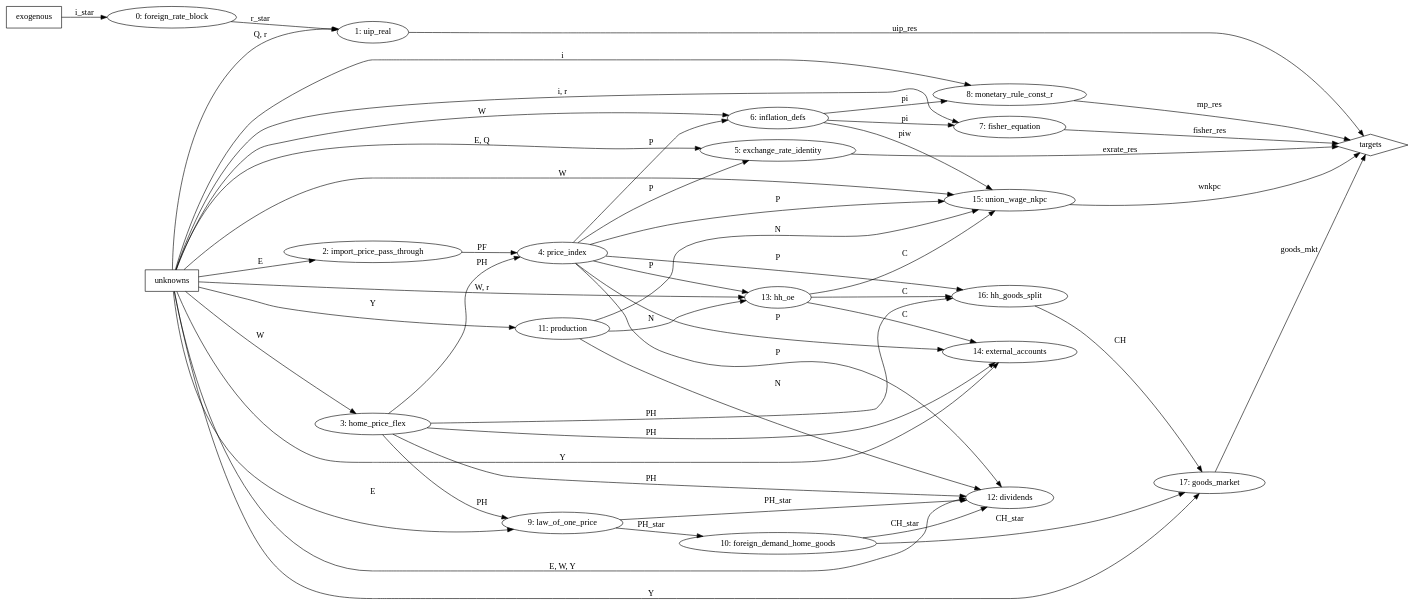
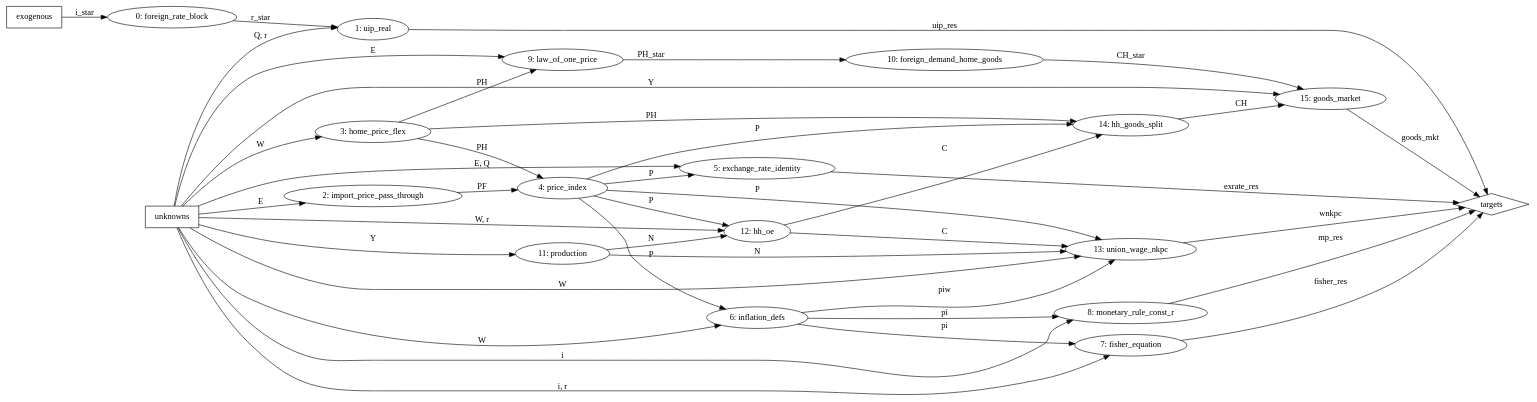
One commit to logan-casey/class changed the diagram in ars/figures/ha_oe_base_dag.dot. Above: the diagram before and after it, drawn with Graphviz. The commit also changed 3 other files, not shown here.

```diff
--- a/ars/figures/ha_oe_base_dag.dot
+++ b/ars/figures/ha_oe_base_dag.dot
@@ -1,73 +1,61 @@
 digraph HANK_DAG {
   rankdir=LR;
   exog [shape=box,label="exogenous"];
   unk [shape=box,label="unknowns"];
   tar [shape=diamond,label="targets"];
   b0 [label="0: foreign_rate_block"];
   b1 [label="1: uip_real"];
   b2 [label="2: import_price_pass_through"];
   b3 [label="3: home_price_flex"];
   b4 [label="4: price_index"];
   b5 [label="5: exchange_rate_identity"];
   b6 [label="6: inflation_defs"];
   b7 [label="7: fisher_equation"];
   b8 [label="8: monetary_rule_const_r"];
   b9 [label="9: law_of_one_price"];
   b10 [label="10: foreign_demand_home_goods"];
   b11 [label="11: production"];
-  b12 [label="12: dividends"];
-  b13 [label="13: hh_oe"];
-  b14 [label="14: external_accounts"];
-  b15 [label="15: union_wage_nkpc"];
-  b16 [label="16: hh_goods_split"];
-  b17 [label="17: goods_market"];
+  b12 [label="12: hh_oe"];
+  b13 [label="13: union_wage_nkpc"];
+  b14 [label="14: hh_goods_split"];
+  b15 [label="15: goods_market"];
   exog -> b0 [label="i_star"];
   unk -> b1 [label="Q, r"];
   b0 -> b1 [label="r_star"];
   b1 -> tar [label="uip_res"];
   unk -> b2 [label="E"];
   unk -> b3 [label="W"];
   b2 -> b4 [label="PF"];
   b3 -> b4 [label="PH"];
   unk -> b5 [label="E, Q"];
   b4 -> b5 [label="P"];
   b5 -> tar [label="exrate_res"];
   unk -> b6 [label="W"];
   b4 -> b6 [label="P"];
   unk -> b7 [label="i, r"];
   b6 -> b7 [label="pi"];
   b7 -> tar [label="fisher_res"];
   unk -> b8 [label="i"];
   b6 -> b8 [label="pi"];
   b8 -> tar [label="mp_res"];
   unk -> b9 [label="E"];
   b3 -> b9 [label="PH"];
   b9 -> b10 [label="PH_star"];
   unk -> b11 [label="Y"];
-  unk -> b12 [label="E, W, Y"];
-  b3 -> b12 [label="PH"];
+  unk -> b12 [label="W, r"];
+  b4 -> b12 [label="P"];
   b11 -> b12 [label="N"];
-  b4 -> b12 [label="P"];
-  b9 -> b12 [label="PH_star"];
-  b10 -> b12 [label="CH_star"];
-  unk -> b13 [label="W, r"];
+  unk -> b13 [label="W"];
+  b6 -> b13 [label="piw"];
+  b11 -> b13 [label="N"];
   b4 -> b13 [label="P"];
-  b11 -> b13 [label="N"];
-  unk -> b14 [label="Y"];
+  b12 -> b13 [label="C"];
+  b13 -> tar [label="wnkpc"];
+  b12 -> b14 [label="C"];
   b3 -> b14 [label="PH"];
   b4 -> b14 [label="P"];
-  b13 -> b14 [label="C"];
-  unk -> b15 [label="W"];
-  b6 -> b15 [label="piw"];
-  b11 -> b15 [label="N"];
-  b4 -> b15 [label="P"];
-  b13 -> b15 [label="C"];
-  b15 -> tar [label="wnkpc"];
-  b13 -> b16 [label="C"];
-  b3 -> b16 [label="PH"];
-  b4 -> b16 [label="P"];
-  unk -> b17 [label="Y"];
-  b16 -> b17 [label="CH"];
-  b10 -> b17 [label="CH_star"];
-  b17 -> tar [label="goods_mkt"];
+  unk -> b15 [label="Y"];
+  b14 -> b15 [label="CH"];
+  b10 -> b15 [label="CH_star"];
+  b15 -> tar [label="goods_mkt"];
 }
```
